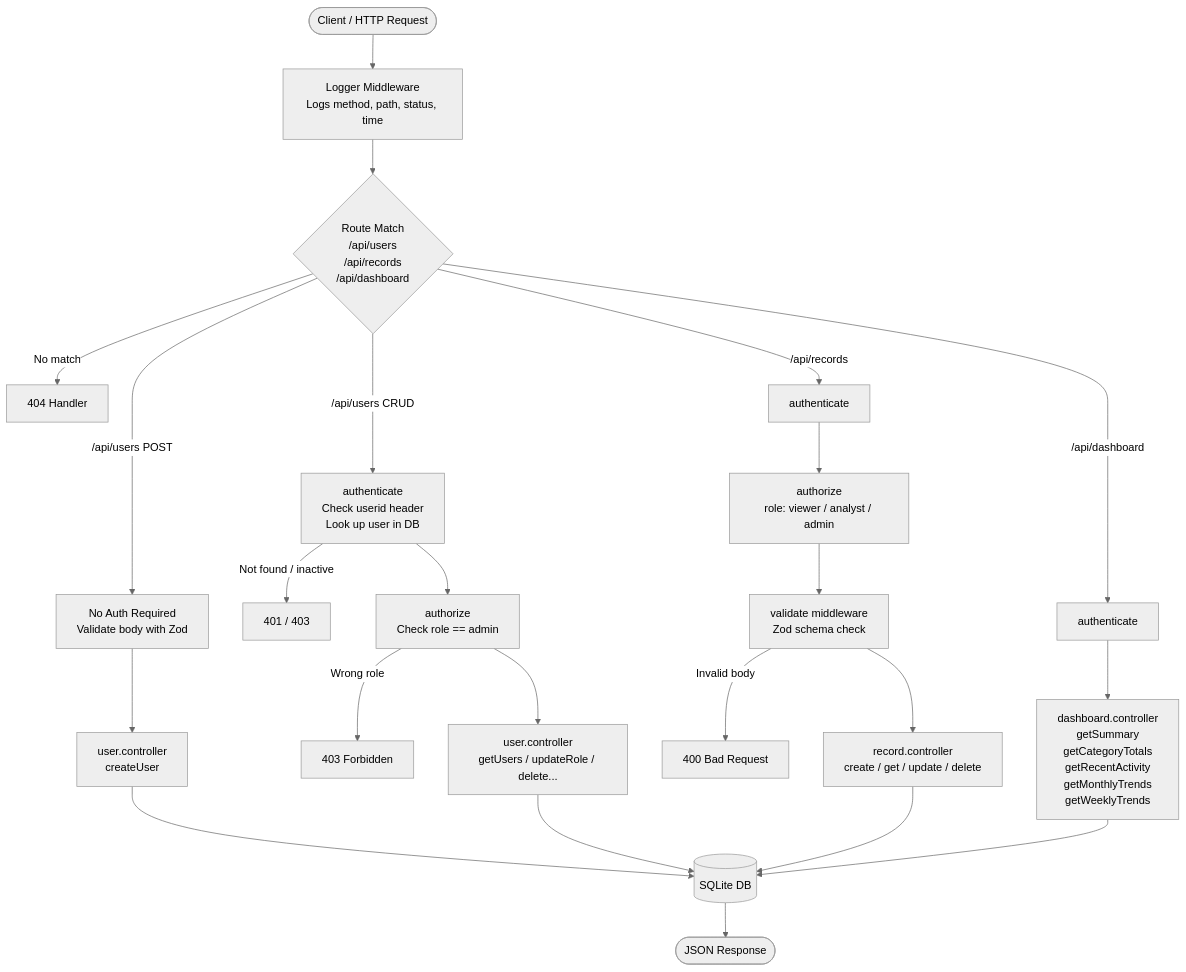
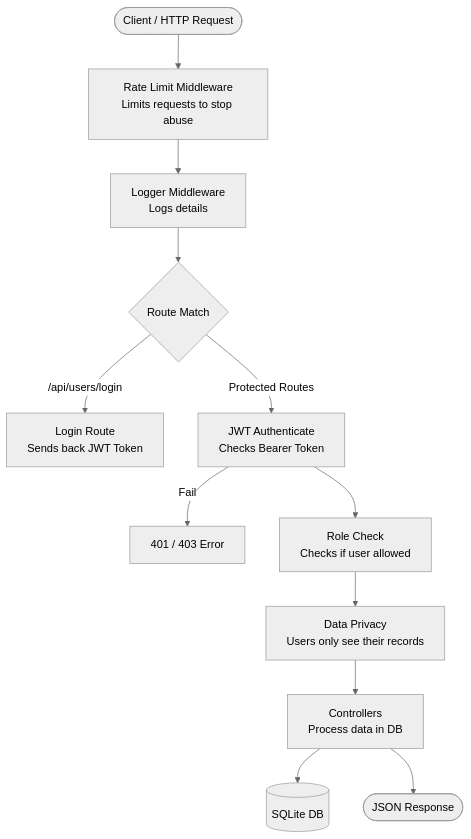
Before and after one commit to user-no-18/Financial-Dashboard: the diagram in README.md, drawn with Mermaid (neutral theme). The commit also changed other lines of this file and 11 other files, not shown here.

Commit message:
Added rate limiting , data privacy

````diff
--- a/README.md
+++ b/README.md
@@ -67,33 +26,18 @@
 ```mermaid
 flowchart TD
     Client([Client / HTTP Request])
-    Client --> Logger[Logger Middleware\nLogs method, path, status, time]
-    Logger --> Router{Route Match\n/api/users\n/api/records\n/api/dashboard}
+    Client --> RateLimit[Rate Limit Middleware\nLimits requests to stop abuse]
+    RateLimit --> Logger[Logger Middleware\nLogs details]
+    Logger --> Router{Route Match}
 
-    Router -->|No match| NotFound[404 Handler]
+    Router -->|/api/users/login| Login[Login Route\nSends back JWT Token]
+    
+    Router -->|Protected Routes| Auth[JWT Authenticate\nChecks Bearer Token]
+    Auth -->|Fail| Reject[401 / 403 Error]
+    Auth --> RoleCheck[Role Check\nChecks if user allowed]
+    RoleCheck --> Privacy[Data Privacy\nUsers only see their records]
+    Privacy --> Action[Controllers\nProcess data in DB]
 
-    Router -->|/api/users POST| PublicUser[No Auth Required\nValidate body with Zod]
-    PublicUser --> UserCtrl[user.controller\ncreateUser]
-
-    Router -->|/api/users CRUD| Auth1[authenticate\nCheck userid header\nLook up user in DB]
-    Auth1 -->|Not found / inactive| Reject1[401 / 403]
-    Auth1 --> Authz1[authorize\nCheck role == admin]
-    Authz1 -->|Wrong role| Reject2[403 Forbidden]
-    Authz1 --> UserCtrl2[user.controller\ngetUsers / updateRole / delete...]
-
-    Router -->|/api/records| Auth2[authenticate]
-    Auth2 --> Authz2[authorize\nrole: viewer / analyst / admin]
-    Authz2 --> Validate[validate middleware\nZod schema check]
-    Validate -->|Invalid body| BadReq[400 Bad Request]
-    Validate --> RecordCtrl[record.controller\ncreate / get / update / delete]
-
-    Router -->|/api/dashboard| Auth3[authenticate]
-    Auth3 --> DashCtrl[dashboard.controller\ngetSummary\ngetCategoryTotals\ngetRecentActivity\ngetMonthlyTrends\ngetWeeklyTrends]
-
-    UserCtrl --> DB[(SQLite DB)]
-    UserCtrl2 --> DB
-    RecordCtrl --> DB
-    DashCtrl --> DB
-
-    DB --> Response([JSON Response])
+    Action --> DB[(SQLite DB)]
+    Action --> Response([JSON Response])
 ```
````
